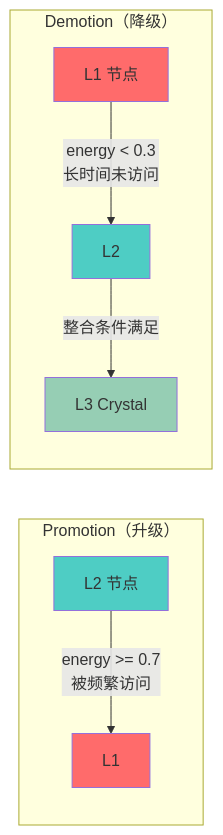
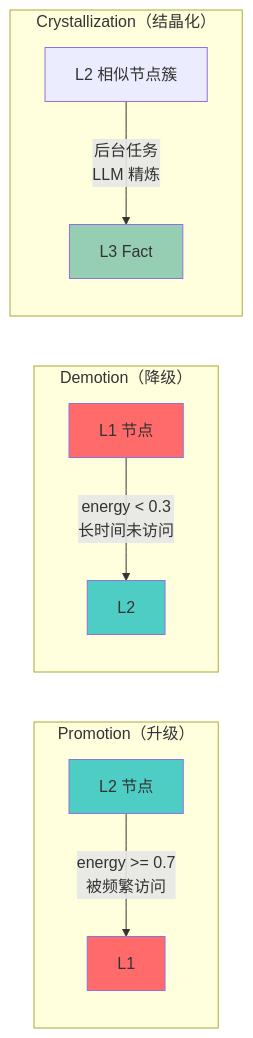
One commit to Zeppelinpp/OmniEmployee changed the tenth of 19 diagrams in docs/memory_system.md. Above: the diagram before and after it, drawn with Mermaid. The commit also changed other lines of this file and 2 other files, not shown here.

````diff
--- a/docs/memory_system.md
+++ b/docs/memory_system.md
@@ -404,15 +538,17 @@
 ```mermaid
 graph LR
 subgraph "Promotion（升级）"
   L2_P[L2 节点] -->|energy >= 0.7<br/>被频繁访问| L1_P[L1]
 end
 subgraph "Demotion（降级）"
   L1_D[L1 节点] -->|energy < 0.3<br/>长时间未访问| L2_D[L2]
-  L2_D -->|整合条件满足| L3_D[L3 Crystal]
+end
+subgraph "Crystallization（结晶化）"
+  L2_C[L2 相似节点簇] -->|后台任务<br/>LLM 精炼| L3_C[L3 Fact]
 end
 style L1_P fill:#ff6b6b
 style L2_P fill:#4ecdc4
 style L1_D fill:#ff6b6b
 style L2_D fill:#4ecdc4
-style L3_D fill:#96ceb4
+style L3_C fill:#96ceb4
 ```
````
